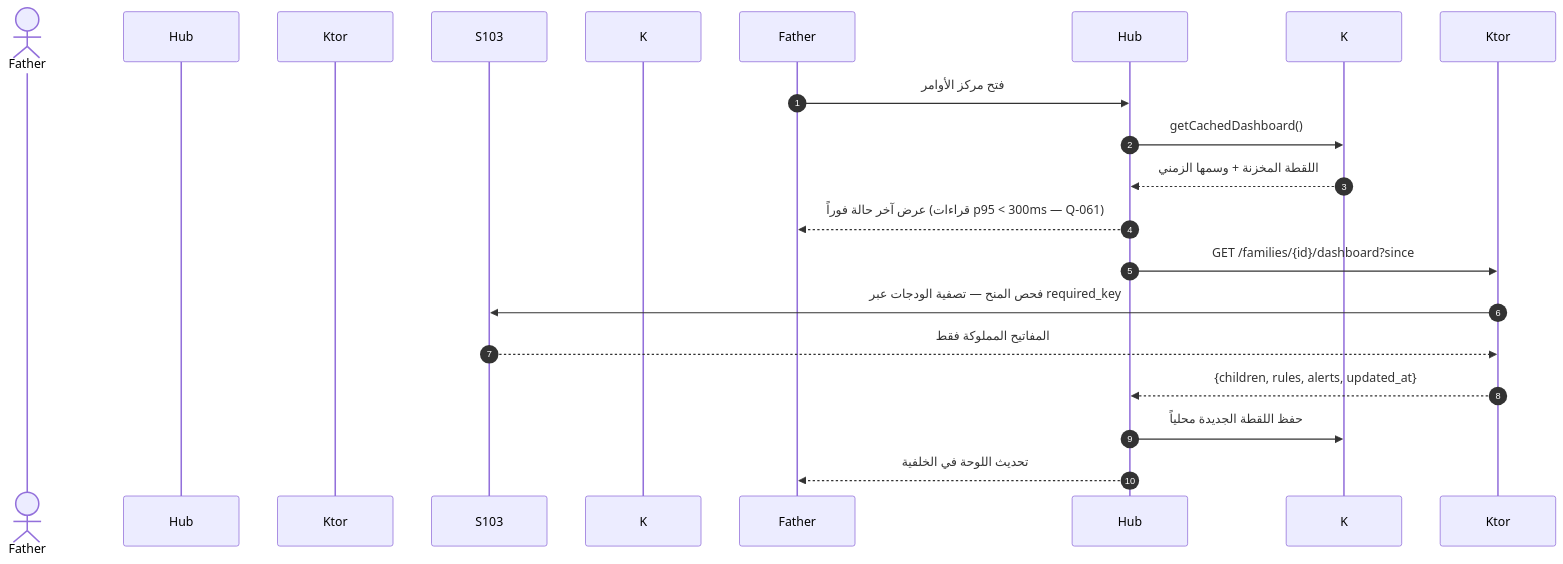
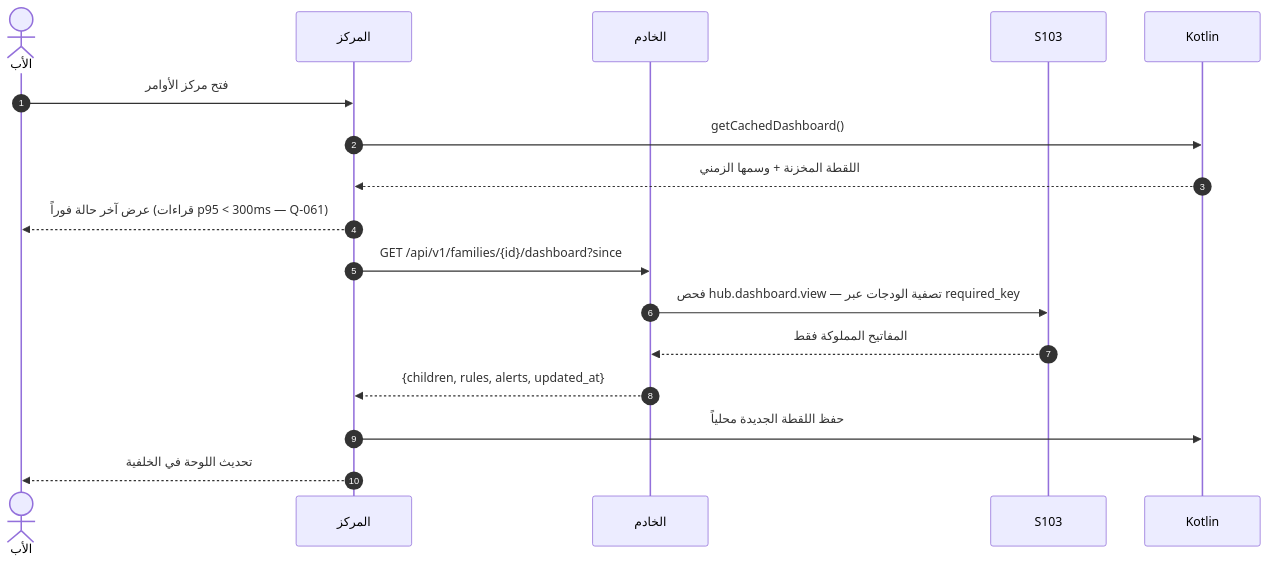
The third of 12 diagrams in docs/family-os/governance/phases/phase-1/S1-09-command-center-and-settings/DIAGRAMS.md (Bassam-mohammed-alqaeadi/family-os-v2), drawn with Mermaid before and after one commit. The commit also changed other lines of this file and 10 other files, not shown here.

Commit message:
إغلاق المراجعة الشاملة R1–R5 (Q-196…Q-231) — المخططات DIAGRAMS + خريطة السياق (2/4)

````diff
--- a/docs/family-os/governance/phases/phase-1/S1-09-command-center-and-settings/DIAGRAMS.md
+++ b/docs/family-os/governance/phases/phase-1/S1-09-command-center-and-settings/DIAGRAMS.md
@@ -166,19 +172,19 @@
 ```mermaid
 sequenceDiagram
     autonumber
-    actor الأب as Father
-    participant المركز as Hub
-    participant الخادم as Ktor
+    actor Father as الأب
+    participant Hub as المركز
+    participant Ktor as الخادم
     participant S103 as S103
-    participant Kotlin as K
+    participant K as Kotlin
     Father->>Hub: فتح مركز الأوامر
     Hub->>K: getCachedDashboard()
     K-->>Hub: اللقطة المخزنة + وسمها الزمني
     Hub-->>Father: عرض آخر حالة فوراً (قراءات p95 < 300ms — Q-061)
-    Hub->>Ktor: GET /families/{id}/dashboard?since
-    Ktor->>S103: فحص المنح — تصفية الودجات عبر required_key
+    Hub->>Ktor: GET /api/v1/families/{id}/dashboard?since
+    Ktor->>S103: فحص hub.dashboard.view — تصفية الودجات عبر required_key
     S103-->>Ktor: المفاتيح المملوكة فقط
     Ktor-->>Hub: {children, rules, alerts, updated_at}
     Hub->>K: حفظ اللقطة الجديدة محلياً
     Hub-->>Father: تحديث اللوحة في الخلفية
 ```
````
